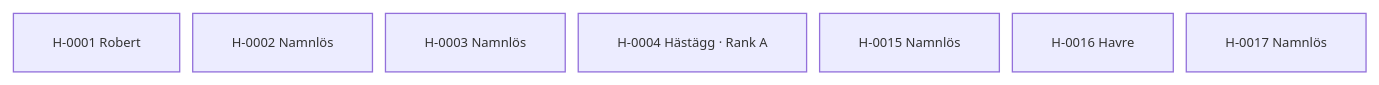
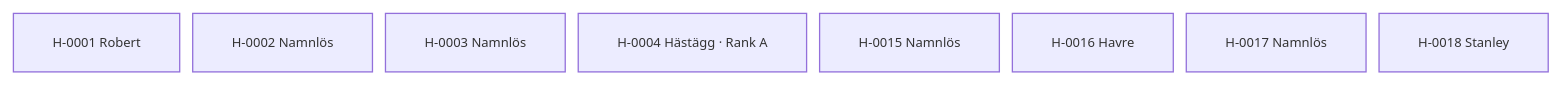
One commit to awoltmp/horse-registry changed the diagram in content/02. Register/02.3 Stamtavlor/Fristående hästar.md. Above: the diagram before and after it, drawn with Mermaid. The commit also changed other lines of this file and 60 other files, not shown here.

````diff
--- a/content/02. Register/02.3 Stamtavlor/Fristående hästar.md
+++ b/content/02. Register/02.3 Stamtavlor/Fristående hästar.md
@@ -26,12 +26,13 @@
 ```mermaid
 %%{init: {"flowchart": {"nodeSpacing": 10, "rankSpacing": 18, "curve": "basis", "htmlLabels": true}, "themeVariables": {"fontSize": "10px"}}}%%
 flowchart TB
     h0["H-0001 Robert"]
     h1["H-0002 Namnlös"]
     h2["H-0003 Namnlös"]
     h3["H-0004 Hästägg · Rank A"]
     h4["H-0015 Namnlös"]
     h5["H-0016 Havre"]
     h6["H-0017 Namnlös"]
-    class h0,h1,h2,h3,h4,h5,h6 internal-link;
+    h7["H-0018 Stanley"]
+    class h0,h1,h2,h3,h4,h5,h6,h7 internal-link;
 ```
````
